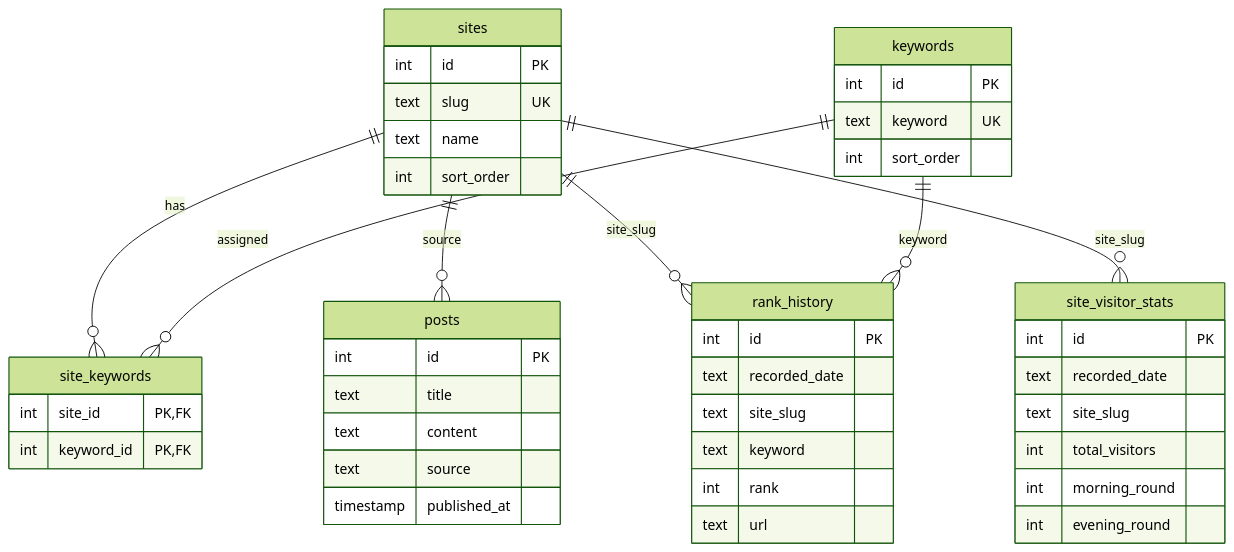
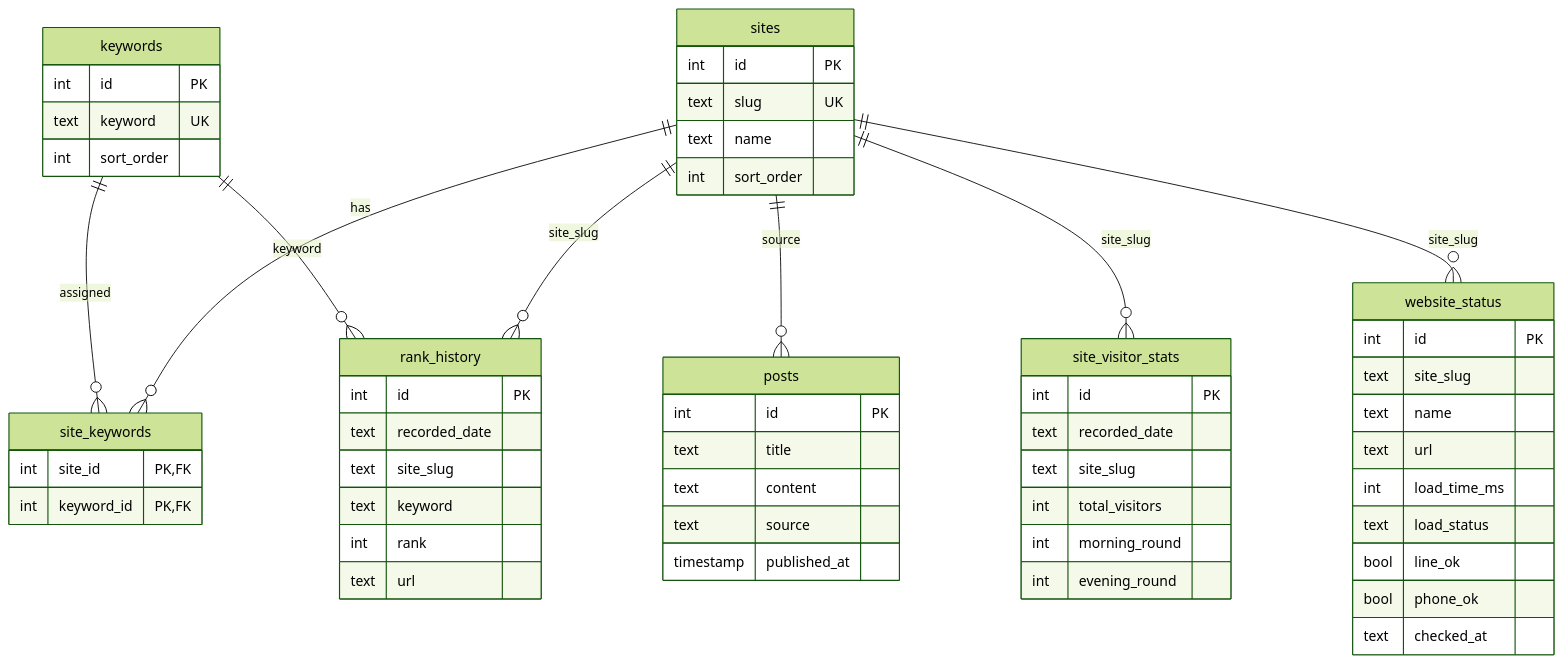
The second of 2 diagrams in README.md (Blltxp/SEO_SYSTEM), drawn with Mermaid (forest theme) before and after one commit. The commit also changed other lines of this file and 8 other files, not shown here.

Commit message:
Update Vistitor & Add Website-status check system

````diff
--- a/README.md
+++ b/README.md
@@ -195,16 +212,18 @@
 ```mermaid
 erDiagram
     sites ||--o{ site_keywords : "has"
     keywords ||--o{ site_keywords : "assigned"
     sites ||--o{ posts : "source"
     sites ||--o{ rank_history : "site_slug"
     sites ||--o{ site_visitor_stats : "site_slug"
+    sites ||--o{ website_status : "site_slug"
     keywords ||--o{ rank_history : "keyword"
 
     sites { int id PK text slug UK text name int sort_order }
     keywords { int id PK text keyword UK int sort_order }
     site_keywords { int site_id PK,FK int keyword_id PK,FK }
     posts { int id PK text title text content text source timestamp published_at }
     rank_history { int id PK text recorded_date text site_slug text keyword int rank text url }
     site_visitor_stats { int id PK text recorded_date text site_slug int total_visitors int morning_round int evening_round }
+    website_status { int id PK text site_slug text name text url int load_time_ms text load_status bool line_ok bool phone_ok text checked_at }
 ```
````
